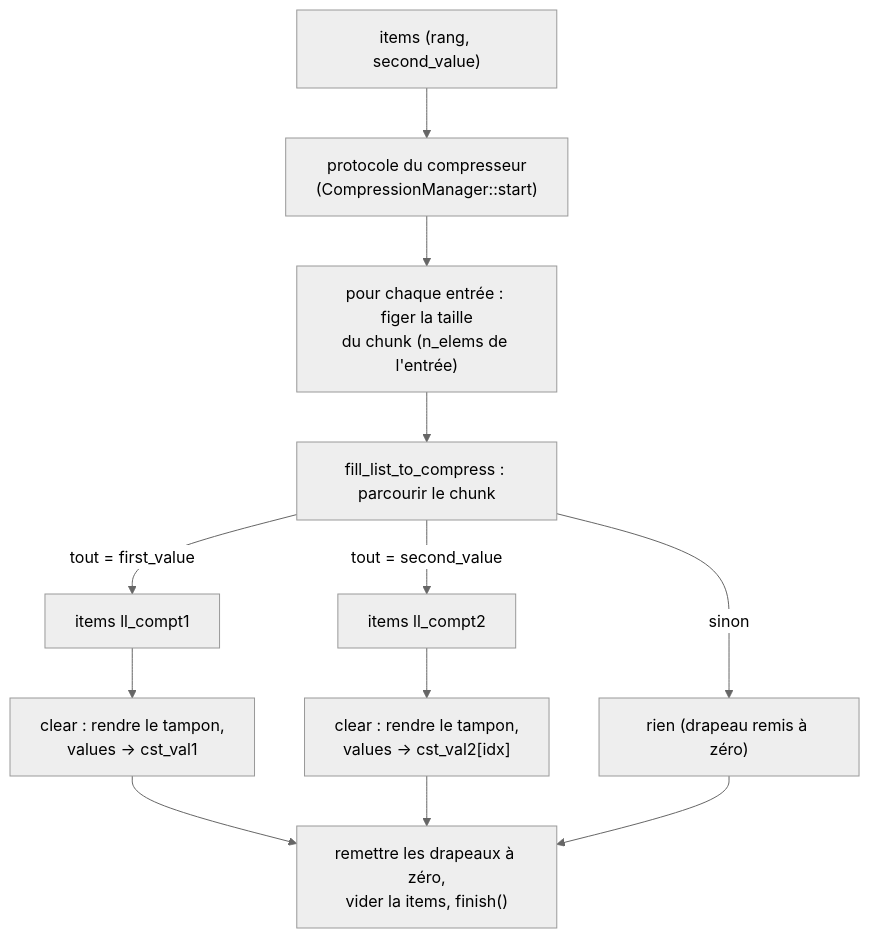
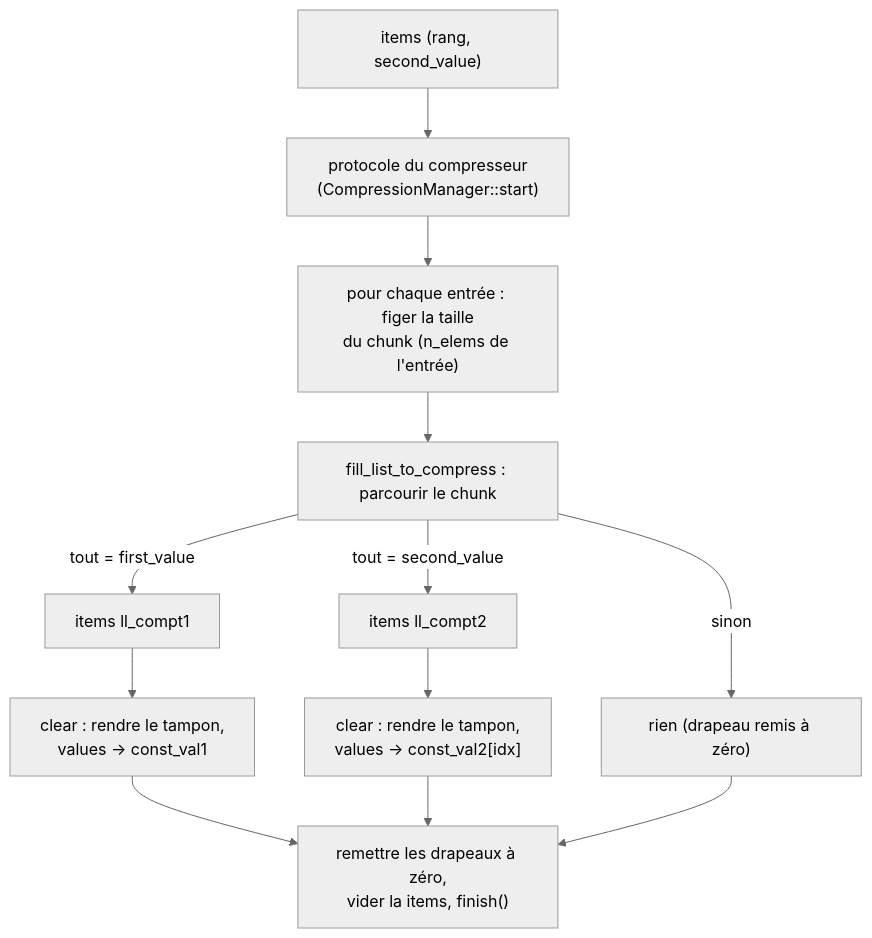
One commit to cea-hpc/shrink-array changed the second of 2 diagrams in docs/algo_zero_one_value_fr.md. Above: the diagram before and after it, drawn with Mermaid (neutral theme). The commit also changed other lines of this file and 108 other files, not shown here.

First line of the commit message:
French names in English (4/4): cst (constante) is const

````diff
--- a/docs/algo_zero_one_value_fr.md
+++ b/docs/algo_zero_one_value_fr.md
@@ -392,14 +392,14 @@
 ```mermaid
 flowchart TD
     A["items (rang, second_value)"] --> B["protocole du compresseur<br/>(CompressionManager::start)"]
     B --> C["pour chaque entrée : figer la taille<br/>du chunk (n_elems de l'entrée)"]
     C --> D["fill_list_to_compress : parcourir le chunk"]
     D -->|"tout = first_value"| E["items ll_compt1"]
     D -->|"tout = second_value"| F["items ll_compt2"]
     D -->|"sinon"| G["rien (drapeau remis à zéro)"]
-    E --> H["clear : rendre le tampon,<br/>values -> cst_val1"]
-    F --> I["clear : rendre le tampon,<br/>values -> cst_val2[idx]"]
+    E --> H["clear : rendre le tampon,<br/>values -> const_val1"]
+    F --> I["clear : rendre le tampon,<br/>values -> const_val2[idx]"]
     H --> J["remettre les drapeaux à zéro,<br/>vider la items, finish()"]
     I --> J
     G --> J
 ```
````
